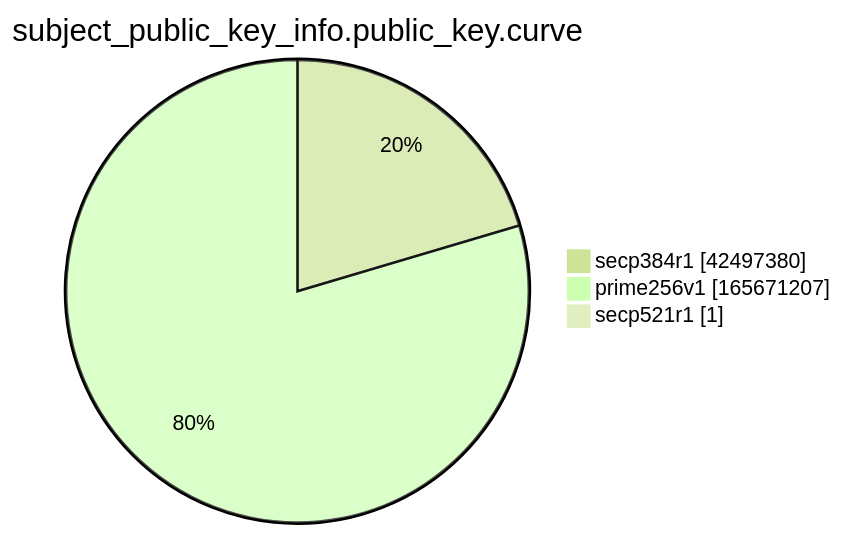
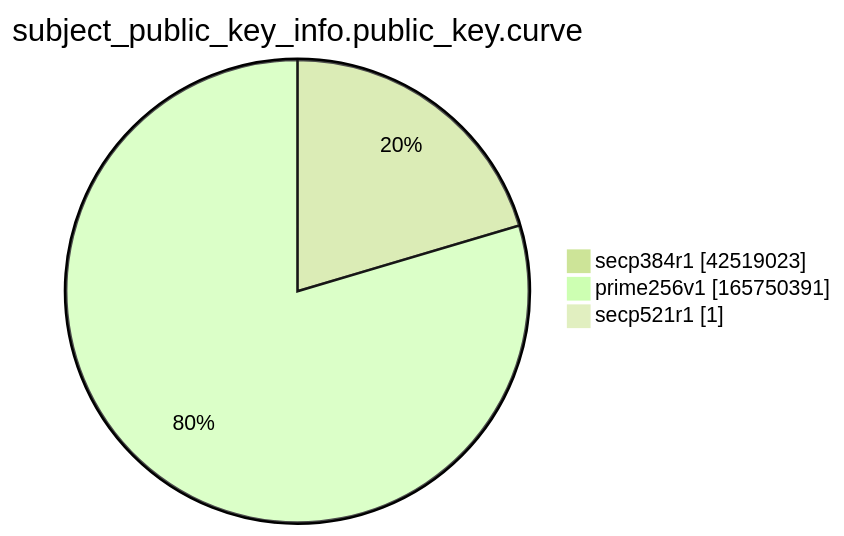
Before and after one commit to christiankrug/ctmonitor_visualization: the ninth of 15 diagrams in xenon2022/README.md, drawn with Mermaid (forest theme). The commit also changed other lines of this file, not shown here.

````diff
--- a/xenon2022/README.md
+++ b/xenon2022/README.md
@@ -2869,7 +2869,7 @@
 ```mermaid
 pie showData
 title subject_public_key_info.public_key.curve
-"secp384r1" :42497380
-"prime256v1" :165671207
+"secp384r1" :42519023
+"prime256v1" :165750391
 "secp521r1" :1
 ```
````
